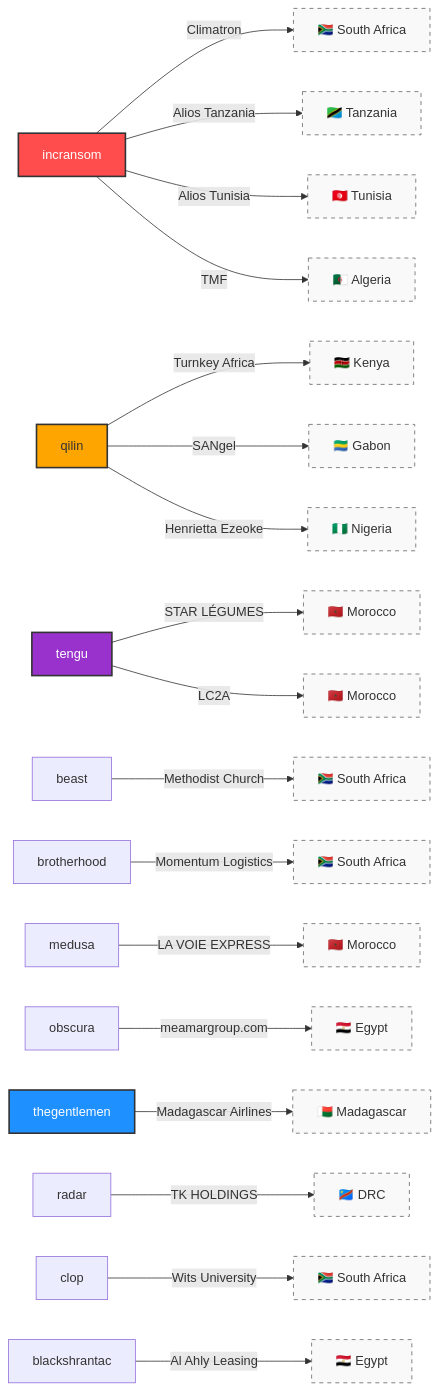
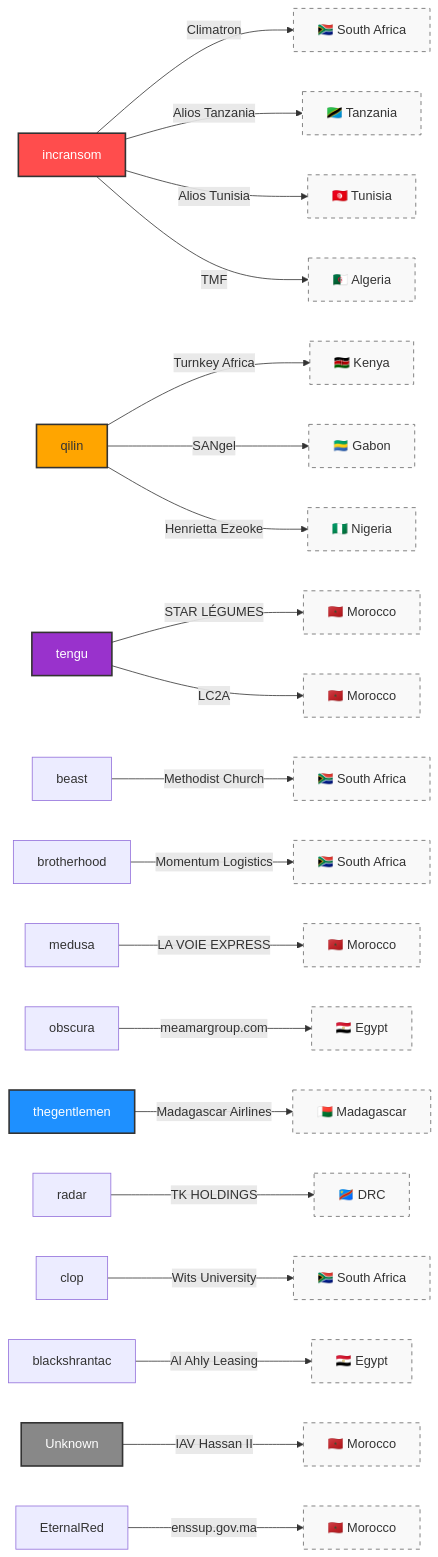
The fifth of 5 diagrams in CyberAttackAfrica/2025/10-october/README.md (Hatchepsoute/AFRINTEL), drawn with Mermaid before and after one commit. The commit also changed other lines of this file and 255 other files, not shown here.

````diff
--- a/CyberAttackAfrica/2025/10-october/README.md
+++ b/CyberAttackAfrica/2025/10-october/README.md
@@ -202,30 +212,33 @@
 ```mermaid
 graph LR
     incransom -->|Climatron| SA1["🇿🇦 South Africa"]
     incransom -->|Alios Tanzania| Tanzania["🇹🇿 Tanzania"]
     incransom -->|Alios Tunisia| Tunisia["🇹🇳 Tunisia"]
     incransom -->|TMF| Algeria["🇩🇿 Algeria"]
     qilin -->|Turnkey Africa| Kenya["🇰🇪 Kenya"]
     qilin -->|SANgel| Gabon["🇬🇦 Gabon"]
     qilin -->|Henrietta Ezeoke| Nigeria["🇳🇬 Nigeria"]
     tengu -->|STAR LÉGUMES| Morocco1["🇲🇦 Morocco"]
     tengu -->|LC2A| Morocco2["🇲🇦 Morocco"]
     beast -->|Methodist Church| SA2["🇿🇦 South Africa"]
     brotherhood -->|Momentum Logistics| SA4["🇿🇦 South Africa"]
     medusa -->|LA VOIE EXPRESS| Morocco3["🇲🇦 Morocco"]
     obscura -->|meamargroup.com| Egypt1["🇪🇬 Egypt"]
     thegentlemen -->|Madagascar Airlines| Madagascar["🇲🇬 Madagascar"]
     radar -->|TK HOLDINGS| DRC["🇨🇩 DRC"]
     clop -->|Wits University| SA5["🇿🇦 South Africa"]
     blackshrantac -->|Al Ahly Leasing| Egypt2["🇪🇬 Egypt"]
+    Unknown -->|IAV Hassan II| Morocco4["🇲🇦 Morocco"]
+    EternalRed -->|enssup.gov.ma| Morocco5["🇲🇦 Morocco"]
 
     %% Styles et Couleurs
     style incransom fill:#ff4d4d,stroke:#333,stroke-width:2px,color:#fff
     style qilin fill:#ffa500,stroke:#333,stroke-width:2px
     style tengu fill:#9932cc,stroke:#333,stroke-width:2px,color:#fff
     style thegentlemen fill:#1e90ff,stroke:#333,stroke-width:2px,color:#fff
+    style Unknown fill:#888,stroke:#333,stroke-width:2px,color:#fff
     
     %% Style des pays (Nodes de destination)
     classDef country fill:#f9f9f9,stroke:#666,stroke-dasharray: 5 5
-    class SA1,SA2,SA4,SA5,Tanzania,Tunisia,Algeria,Kenya,Gabon,Nigeria,Morocco1,Morocco2,Morocco3,Egypt1,Egypt2,Madagascar,DRC country
+    class SA1,SA2,SA4,SA5,Tanzania,Tunisia,Algeria,Kenya,Gabon,Nigeria,Morocco1,Morocco2,Morocco3,Morocco4,Morocco5,Egypt1,Egypt2,Madagascar,DRC country
 ```
````
